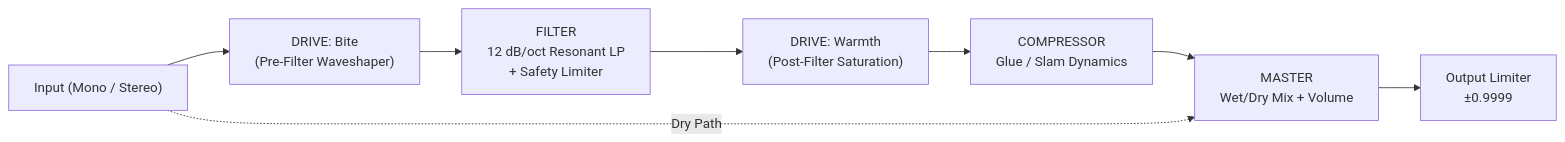
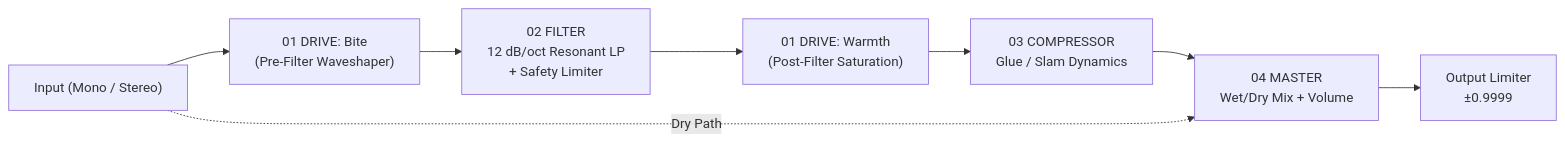
One commit to TheAdkk/dunecrusher changed the diagram in README.md. Above: the diagram before and after it, drawn with Mermaid. The commit also changed other lines of this file and 26 other files, not shown here.

````diff
--- a/README.md
+++ b/README.md
@@ -20,10 +25,10 @@
 ```mermaid
 flowchart LR
-    In["Input (Mono / Stereo)"] --> Bite["DRIVE: Bite\n(Pre-Filter Waveshaper)"]
-    Bite --> Filter["FILTER\n12 dB/oct Resonant LP\n+ Safety Limiter"]
-    Filter --> Warmth["DRIVE: Warmth\n(Post-Filter Saturation)"]
-    Warmth --> Comp["COMPRESSOR\nGlue / Slam Dynamics"]
-    Comp --> Mix["MASTER\nWet/Dry Mix + Volume"]
+    In["Input (Mono / Stereo)"] --> Bite["01 DRIVE: Bite\n(Pre-Filter Waveshaper)"]
+    Bite --> Filter["02 FILTER\n12 dB/oct Resonant LP\n+ Safety Limiter"]
+    Filter --> Warmth["01 DRIVE: Warmth\n(Post-Filter Saturation)"]
+    Warmth --> Comp["03 COMPRESSOR\nGlue / Slam Dynamics"]
+    Comp --> Mix["04 MASTER\nWet/Dry Mix + Volume"]
     In -. "Dry Path" .-> Mix
     Mix --> Clip["Output Limiter\n±0.9999"]
 ```
````
